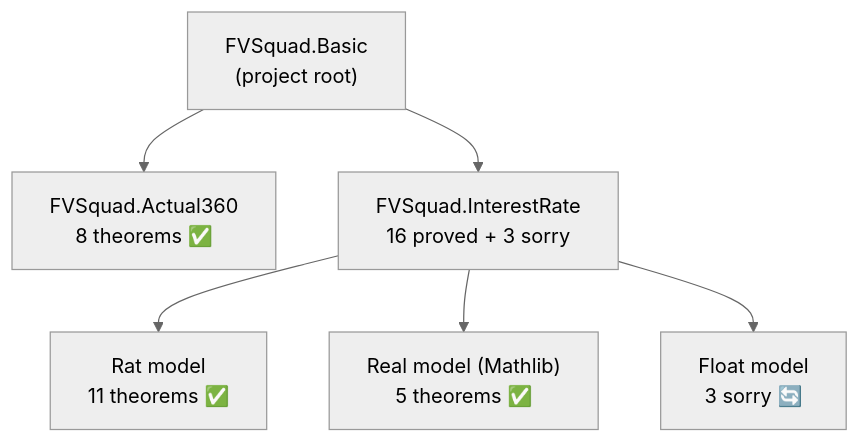
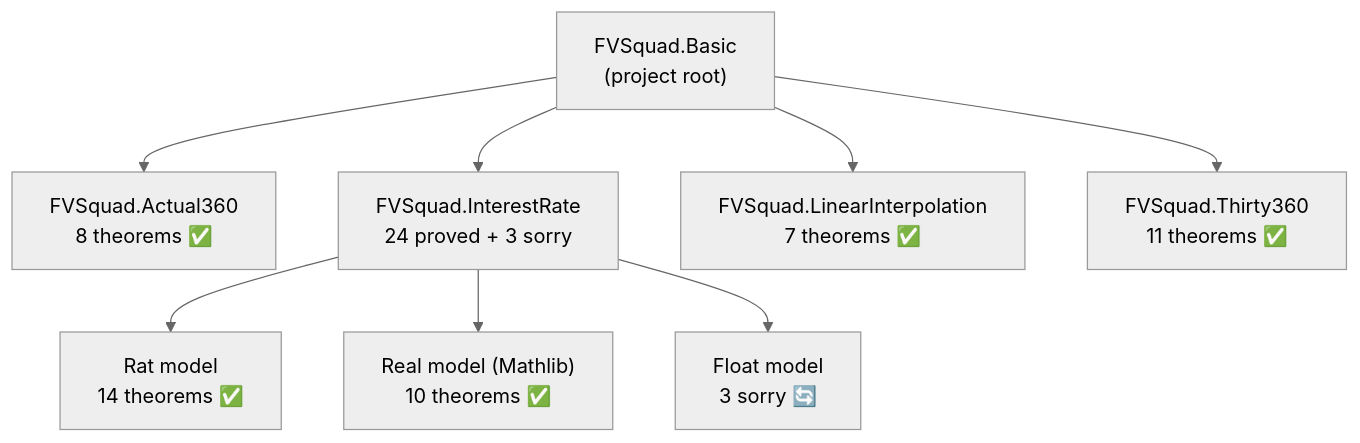
The first of 8 diagrams in formal-verification/REPORT.md (dsyme/QuantLib), drawn with Mermaid (neutral theme) before and after one commit. The commit also changed other lines of this file and 1 other file, not shown here.

First line of the commit message:
docs: update FV project report to 50 proved theorems

````diff
--- a/formal-verification/REPORT.md
+++ b/formal-verification/REPORT.md
@@ -21,14 +21,18 @@
 ```mermaid
 graph TD
     A["FVSquad.Basic<br/>(project root)"]
     B["FVSquad.Actual360<br/>8 theorems ✅"]
-    C["FVSquad.InterestRate<br/>16 proved + 3 sorry"]
+    C["FVSquad.InterestRate<br/>24 proved + 3 sorry"]
+    D["FVSquad.LinearInterpolation<br/>7 theorems ✅"]
+    E["FVSquad.Thirty360<br/>11 theorems ✅"]
     A --> B
     A --> C
-    C1["Rat model<br/>11 theorems ✅"]
-    C2["Real model (Mathlib)<br/>5 theorems ✅"]
+    A --> D
+    A --> E
+    C1["Rat model<br/>14 theorems ✅"]
+    C2["Real model (Mathlib)<br/>10 theorems ✅"]
     C3["Float model<br/>3 sorry 🔄"]
     C --> C1
     C --> C2
     C --> C3
 ```
````
